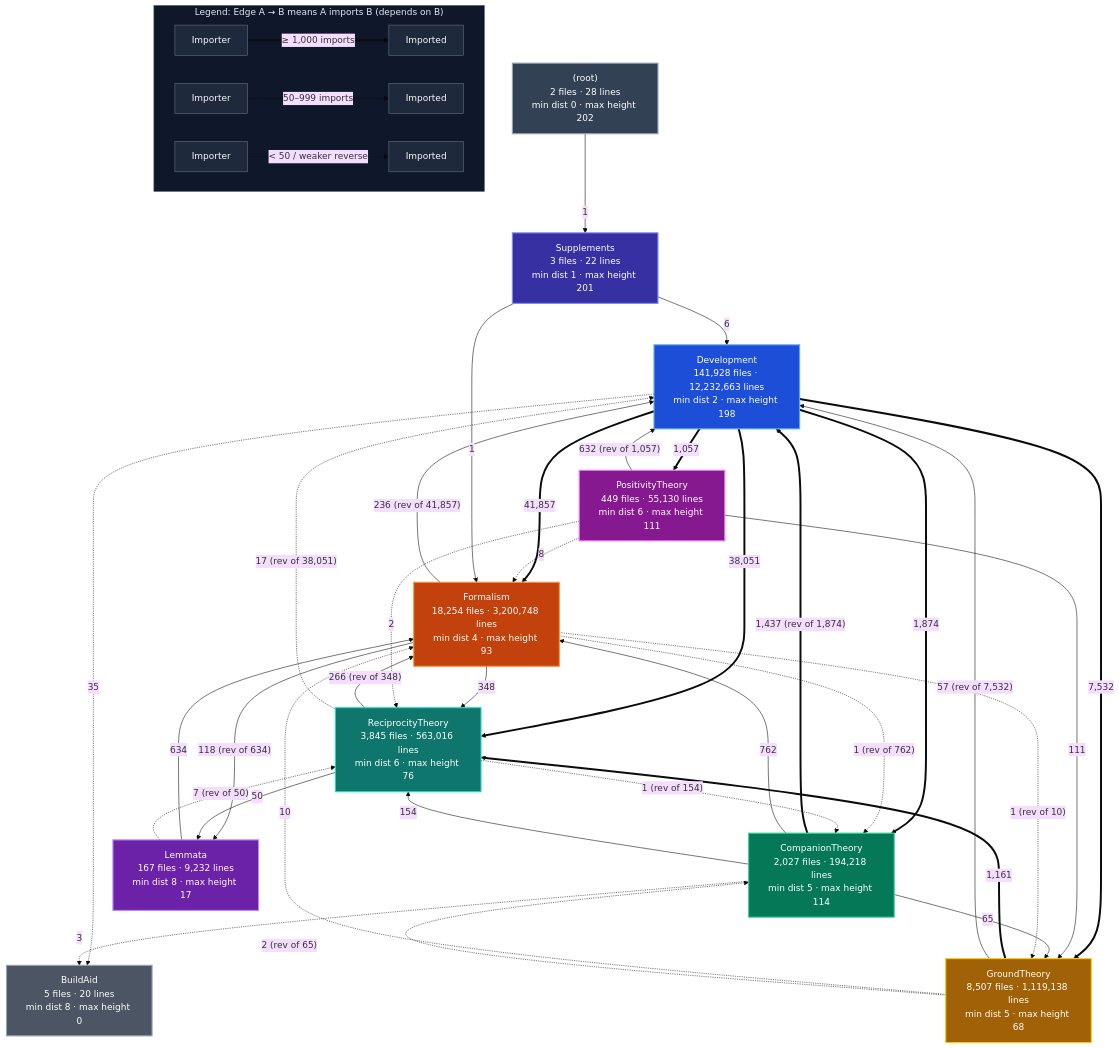
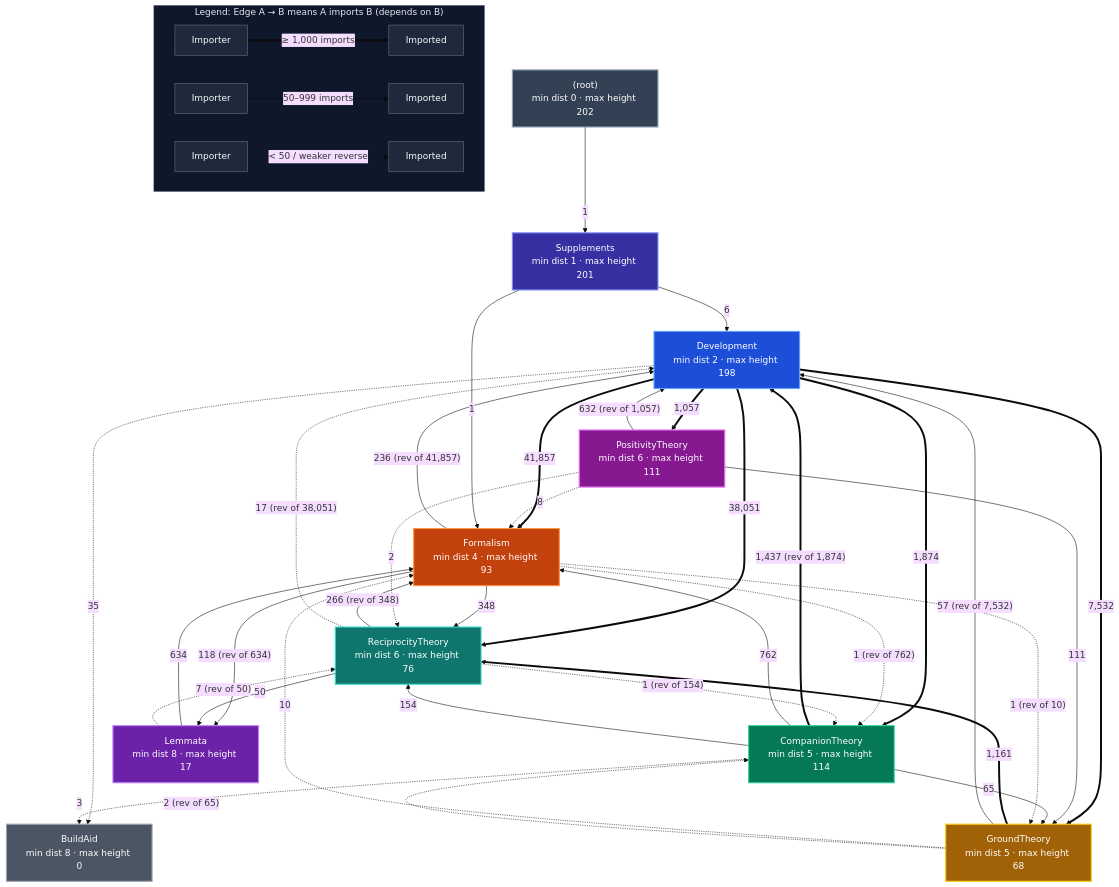
The diagram in analysis/dependency_graph/top_level_graph.mmd (ZacharyVernec/riemann-proof-explorer), drawn with Mermaid before and after one commit. The commit also changed 14 other files, not shown here.

```diff
--- a/analysis/dependency_graph/top_level_graph.mmd
+++ b/analysis/dependency_graph/top_level_graph.mmd
@@ -1,74 +1,74 @@
 %%{init: {'theme': 'base', 'themeVariables': {'fontFamily': 'Inter, system-ui, sans-serif'}}}%%
 flowchart TD
   %% Directed edge A --> B means A imports B (A depends on B)
   %% Heavy (>=1000): bold ==> | Medium (50..999): --> | Light (<50): -.->
 
   subgraph LEGEND["Legend: Edge A → B means A imports B (depends on B)"]
     direction LR
     L_src["Importer"] ==>|"≥ 1,000 imports"| L_dst["Imported"]
     L_src2["Importer"] -->|"50–999 imports"| L_dst2["Imported"]
     L_src3["Importer"] -.->|"< 50 / weaker reverse"| L_dst3["Imported"]
   end
 
-  _root_["(root)<br/>2 files · 28 lines<br/>min dist 0 · max height 202"]
-  Supplements["Supplements<br/>3 files · 22 lines<br/>min dist 1 · max height 201"]
-  Development["Development<br/>141,928 files · 12,232,663 lines<br/>min dist 2 · max height 198"]
-  CompanionTheory["CompanionTheory<br/>2,027 files · 194,218 lines<br/>min dist 5 · max height 114"]
-  PositivityTheory["PositivityTheory<br/>449 files · 55,130 lines<br/>min dist 6 · max height 111"]
-  Formalism["Formalism<br/>18,254 files · 3,200,748 lines<br/>min dist 4 · max height 93"]
-  ReciprocityTheory["ReciprocityTheory<br/>3,845 files · 563,016 lines<br/>min dist 6 · max height 76"]
-  GroundTheory["GroundTheory<br/>8,507 files · 1,119,138 lines<br/>min dist 5 · max height 68"]
-  Lemmata["Lemmata<br/>167 files · 9,232 lines<br/>min dist 8 · max height 17"]
-  BuildAid["BuildAid<br/>5 files · 20 lines<br/>min dist 8 · max height 0"]
+  _root_["(root)<br/>min dist 0 · max height 202"]
+  Supplements["Supplements<br/>min dist 1 · max height 201"]
+  Development["Development<br/>min dist 2 · max height 198"]
+  CompanionTheory["CompanionTheory<br/>min dist 5 · max height 114"]
+  PositivityTheory["PositivityTheory<br/>min dist 6 · max height 111"]
+  Formalism["Formalism<br/>min dist 4 · max height 93"]
+  ReciprocityTheory["ReciprocityTheory<br/>min dist 6 · max height 76"]
+  GroundTheory["GroundTheory<br/>min dist 5 · max height 68"]
+  Lemmata["Lemmata<br/>min dist 8 · max height 17"]
+  BuildAid["BuildAid<br/>min dist 8 · max height 0"]
 
   Development ==>|"41,857"| Formalism
   Development ==>|"38,051"| ReciprocityTheory
   Development ==>|"7,532"| GroundTheory
   Development ==>|"1,874"| CompanionTheory
   CompanionTheory ==>|"1,437 (rev of 1,874)"| Development
   GroundTheory ==>|"1,161"| ReciprocityTheory
   Development ==>|"1,057"| PositivityTheory
   CompanionTheory -->|"762"| Formalism
   Lemmata -->|"634"| Formalism
   PositivityTheory -->|"632 (rev of 1,057)"| Development
   Formalism -->|"348"| ReciprocityTheory
   ReciprocityTheory -->|"266 (rev of 348)"| Formalism
   Formalism -->|"236 (rev of 41,857)"| Development
   CompanionTheory -->|"154"| ReciprocityTheory
   Formalism -->|"118 (rev of 634)"| Lemmata
   PositivityTheory -->|"111"| GroundTheory
   CompanionTheory -->|"65"| GroundTheory
   GroundTheory -->|"57 (rev of 7,532)"| Development
   ReciprocityTheory -->|"50"| Lemmata
   Development -.->|"35"| BuildAid
   ReciprocityTheory -.->|"17 (rev of 38,051)"| Development
   GroundTheory -.->|"10"| Formalism
   PositivityTheory -.->|"8"| Formalism
   Lemmata -.->|"7 (rev of 50)"| ReciprocityTheory
   Supplements -->|"6"| Development
   CompanionTheory -.->|"3"| BuildAid
   GroundTheory -.->|"2 (rev of 65)"| CompanionTheory
   PositivityTheory -.->|"2"| ReciprocityTheory
   _root_ -->|"1"| Supplements
   Formalism -.->|"1 (rev of 762)"| CompanionTheory
   Formalism -.->|"1 (rev of 10)"| GroundTheory
   ReciprocityTheory -.->|"1 (rev of 154)"| CompanionTheory
   Supplements -->|"1"| Formalism
 
   style _root_ fill:#334155,stroke:#94a3b8,stroke-width:2px,color:#ffffff
   style Supplements fill:#3730a3,stroke:#818cf8,stroke-width:2px,color:#ffffff
   style Development fill:#1d4ed8,stroke:#60a5fa,stroke-width:2px,color:#ffffff
   style CompanionTheory fill:#047857,stroke:#34d399,stroke-width:2px,color:#ffffff
   style PositivityTheory fill:#86198f,stroke:#e879f9,stroke-width:2px,color:#ffffff
   style Formalism fill:#c2410c,stroke:#fb923c,stroke-width:2px,color:#ffffff
   style ReciprocityTheory fill:#0f766e,stroke:#2dd4bf,stroke-width:2px,color:#ffffff
   style GroundTheory fill:#a16207,stroke:#facc15,stroke-width:2px,color:#ffffff
   style Lemmata fill:#6b21a8,stroke:#c084fc,stroke-width:2px,color:#ffffff
   style BuildAid fill:#4b5563,stroke:#9ca3af,stroke-width:2px,color:#ffffff
   style LEGEND fill:#0f172a,stroke:#475569,color:#e2e8f0
   style L_src fill:#1e293b,stroke:#64748b,color:#f8fafc
   style L_dst fill:#1e293b,stroke:#64748b,color:#f8fafc
   style L_src2 fill:#1e293b,stroke:#64748b,color:#f8fafc
   style L_dst2 fill:#1e293b,stroke:#64748b,color:#f8fafc
   style L_src3 fill:#1e293b,stroke:#64748b,color:#f8fafc
   style L_dst3 fill:#1e293b,stroke:#64748b,color:#f8fafc
```
